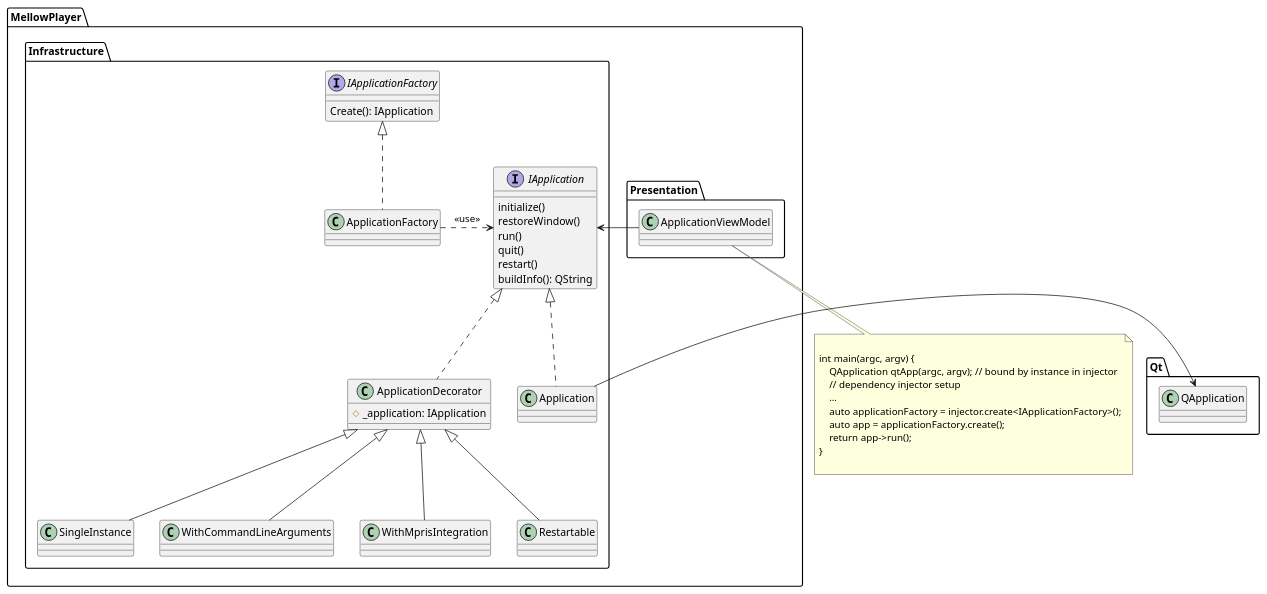
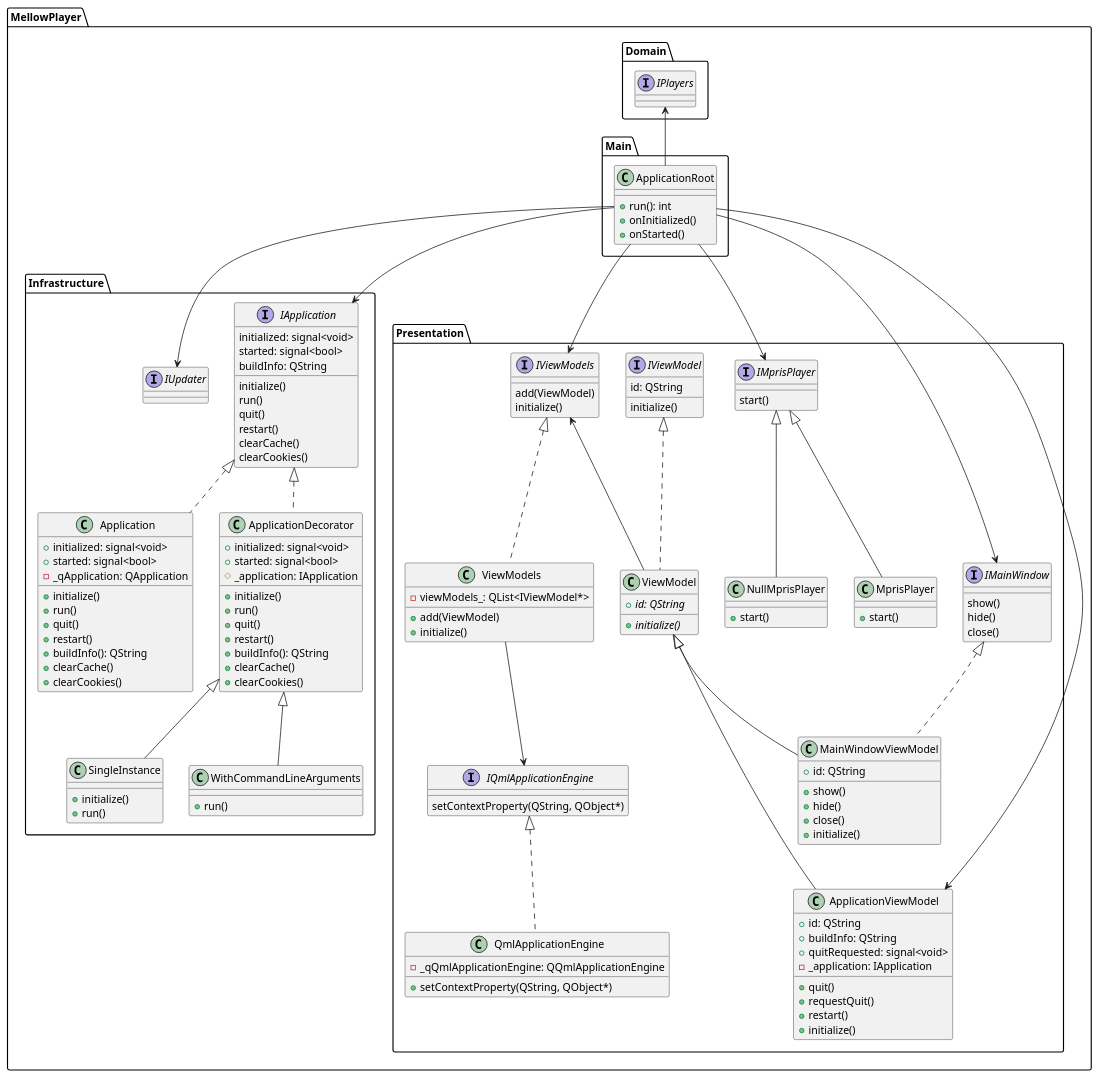
The diagram in docs/developers/PlantUml/Application.puml (ColinDuquesnoy/MellowPlayer), drawn with PlantUML before and after one commit. The commit also changed 31 other files, not shown here.

```diff
--- a/docs/developers/PlantUml/Application.puml
+++ b/docs/developers/PlantUml/Application.puml
@@ -1,70 +1,171 @@
 @startuml
 
-namespace Qt {
-    class QApplication
+namespace MellowPlayer.Main {
+    class ApplicationRoot {
+        + run(): int
+        + onInitialized()
+        + onStarted()
+
+    }
+    ApplicationRoot --> MellowPlayer.Infrastructure.IApplication
+    ApplicationRoot --> MellowPlayer.Presentation.IViewModels
+    ApplicationRoot --> MellowPlayer.Presentation.IMainWindow
+    ApplicationRoot --> MellowPlayer.Presentation.IMprisPlayer
+    ApplicationRoot --> MellowPlayer.Presentation.ApplicationViewModel
+    ApplicationRoot -up-> MellowPlayer.Domain.IPlayers
+    ApplicationRoot --> MellowPlayer.Infrastructure.IUpdater
+}
+
+namespace MellowPlayer.Domain {
+    interface IPlayers
 }
 
 namespace MellowPlayer.Infrastructure {
+    interface IUpdater
+
     interface IApplication {
+        initialized: signal<void>
+        started: signal<bool>
         initialize()
-        restoreWindow()
         run()
         quit()
         restart()
-        buildInfo(): QString
+        buildInfo: QString
+        clearCache()
+        clearCookies()
     }
 
-    class Application
+    class Application {
+        + initialized: signal<void>
+        + started: signal<bool>
+        - _qApplication: QApplication
+        + initialize()
+        + run()
+        + quit()
+        + restart()
+        + buildInfo(): QString
+        + clearCache()
+        + clearCookies()
+    }
     IApplication <|.. Application
-    Application -right-> Qt.QApplication
 
     class ApplicationDecorator {
+        + initialized: signal<void>
+        + started: signal<bool>
         # _application: IApplication
+        + initialize()
+        + run()
+        + quit()
+        + restart()
+        + buildInfo(): QString
+        + clearCache()
+        + clearCookies()
     }
-
-    ApplicationDecorator -[hidden]right-> Application
 
     IApplication <|.. ApplicationDecorator
 
-    class SingleInstance
+    class SingleInstance {
+        + initialize()
+        + run()
+    }
     ApplicationDecorator <|-- SingleInstance
 
-    class WithCommandLineArguments
+    class WithCommandLineArguments {
+        + run()
+    }
     ApplicationDecorator <|-- WithCommandLineArguments
-
-    class WithMprisIntegration
-    ApplicationDecorator <|-- WithMprisIntegration
-
-    class Restartable
-    ApplicationDecorator <|-- Restartable
-
-    interface IApplicationFactory {
-        Create(): IApplication
-    }
-
-    class ApplicationFactory
-    IApplicationFactory <|.. ApplicationFactory
-    ApplicationFactory .> IApplication: <<use>>
 }
 
 namespace MellowPlayer.Presentation {
-    class ApplicationViewModel
+    interface IQmlApplicationEngine {
+        setContextProperty(QString, QObject*)
+    }
+    class QmlApplicationEngine {
+        - _qQmlApplicationEngine: QQmlApplicationEngine
+        +setContextProperty(QString, QObject*)
+    }
+    IQmlApplicationEngine <|.. QmlApplicationEngine
 
-    ApplicationViewModel -> MellowPlayer.Infrastructure.IApplication
+    interface IViewModel {
+        id: QString
+        initialize()
+    }
+
+    class ViewModel {
+        + {abstract} id: QString
+        + {abstract} initialize()
+    }
+    IViewModel <|.. ViewModel
+    ViewModel -up-> IViewModels
+
+    interface IViewModels {
+        add(ViewModel)
+        initialize()
+    }
+
+    class ViewModels {
+        - viewModels_: QList<IViewModel*>
+        + add(ViewModel)
+        + initialize()
+    }
+    IViewModels <|.. ViewModels
+    ViewModels --> IQmlApplicationEngine
+
+    class ApplicationViewModel {
+        + id: QString
+        + buildInfo: QString
+        + quitRequested: signal<void>
+        + quit()
+        + requestQuit()
+        + restart()
+        + initialize()
+        - _application: IApplication
+    }
+    ViewModel <|--- ApplicationViewModel
+
+    interface IMainWindow {
+        show()
+        hide()
+        close()
+    }
+
+    class MainWindowViewModel {
+        + id: QString
+        + show()
+        + hide()
+        + close()
+        + initialize()
+    }
+    IMainWindow <|.. MainWindowViewModel
+    ViewModel <|-- MainWindowViewModel
+
+    interface IMprisPlayer {
+        start()
+    }
+    class MprisPlayer {
+        + start()
+    }
+    IMprisPlayer <|-- MprisPlayer
+
+    class NullMprisPlayer {
+        + start()
+    }
+    IMprisPlayer <|-- NullMprisPlayer
+
 }
 
 
-note bottom
-
-int main(argc, argv) {
-    QApplication qtApp(argc, argv); // bound by instance in injector
-    // dependency injector setup
-    ...
-    auto applicationFactory = injector.create<IApplicationFactory>();
-    auto app = applicationFactory.create();
-    return app->run();
-}
-
-end note
+'note bottom
+'
+'int main(argc, argv) {
+'    QApplication qtApp(argc, argv); // bound by instance in injector
+'    // dependency injector setup
+'    ...
+'    auto applicationFactory = injector.create<IApplicationFactory>();
+'    auto app = applicationFactory.create();
+'    return app->run();
+'}
+'
+'end note
 
 @enduml
```
